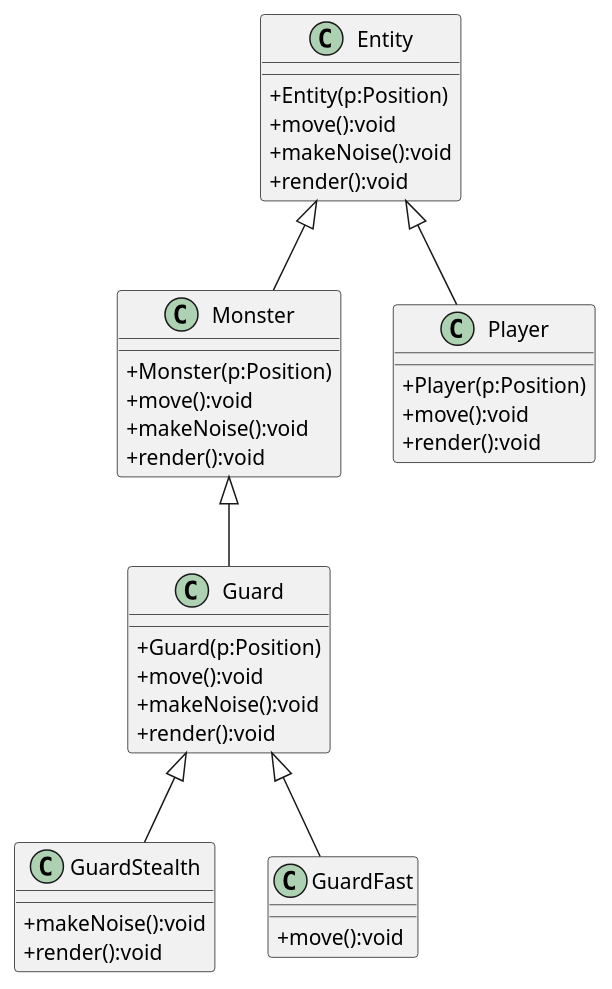
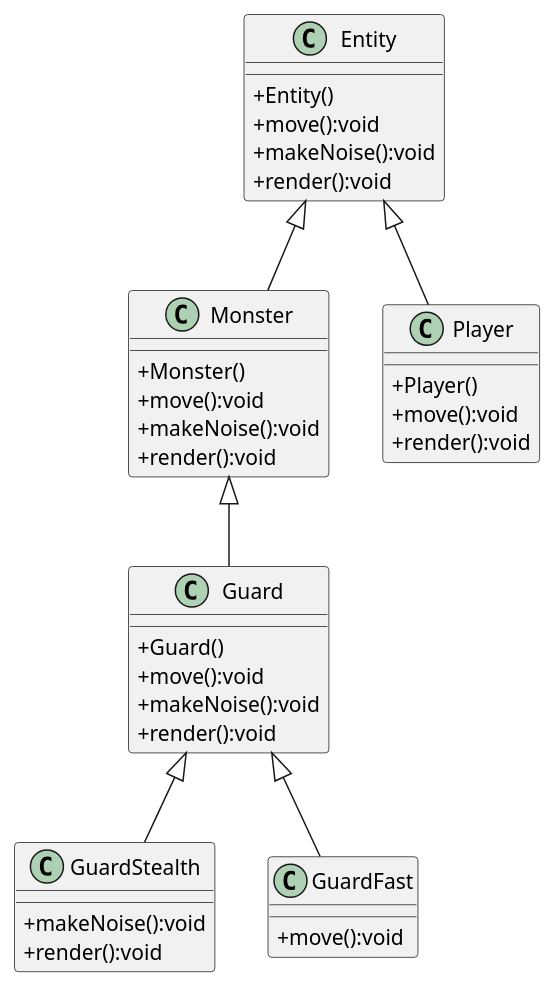
One commit to jimfinnis/jcf12 changed the diagram in content/teaching/CS123/examples/inheritcomp/umlgameinher.plantuml. Above: the diagram before and after it, drawn with PlantUML. The commit also changed 6 other files, not shown here.

```diff
--- a/content/teaching/CS123/examples/inheritcomp/umlgameinher.plantuml
+++ b/content/teaching/CS123/examples/inheritcomp/umlgameinher.plantuml
@@ -1,50 +1,50 @@
 @startuml
 skinparam classAttributeIconSize 0
 
 class Entity {
-    + Entity(p:Position)
+    + Entity()
     + move():void
     + makeNoise():void
     + render():void
 }
 
 class Player {
-    + Player(p:Position)
+    + Player()
     + move():void
     + render():void
 }
 
 Player -up-|> Entity
 
 class Monster {
-    + Monster(p:Position)
+    + Monster()
     + move():void
     + makeNoise():void
     + render():void
 }
 
 Monster -up-|> Entity
 
 class Guard {
-    + Guard(p:Position)
+    + Guard()
     + move():void
     + makeNoise():void
     + render():void
 }
 
 Guard -up-|> Monster
 
 class GuardStealth {
     + makeNoise():void
     + render():void
 }
 
 GuardStealth -up-|> Guard
 
 class GuardFast {
     + move():void
 }
 
 GuardFast -up-|> Guard
 
 @enduml
```
